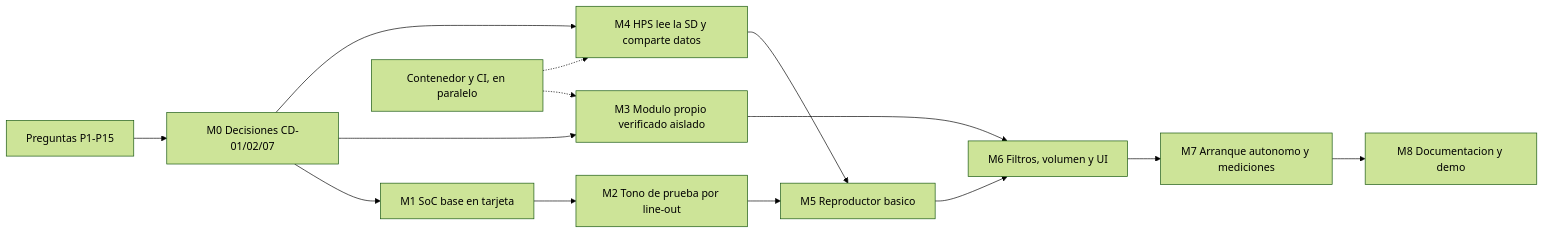
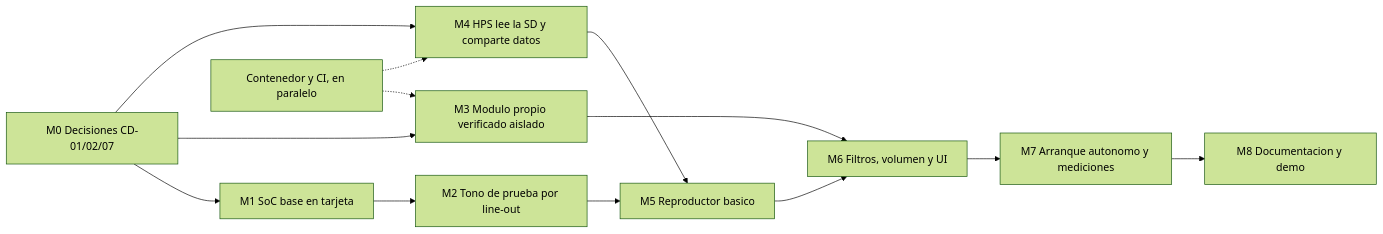
Before and after one commit to Randall-BL/EmpotradosProyecto2: the diagram in TODO.md, drawn with Mermaid (forest theme). The commit also changed other lines of this file and 6 other files, not shown here.

````diff
--- a/TODO.md
+++ b/TODO.md
@@ -144,16 +87,16 @@
 ```mermaid
 flowchart LR
-  P[Preguntas P1-P15] --> M0[M0 Decisiones CD-01/02/07]
+  M0[M0 Decisiones CD-01/02/07]
   M0 --> M1[M1 SoC base en tarjeta]
   M1 --> M2[M2 Tono de prueba por line-out]
   M0 --> M3[M3 Modulo propio verificado aislado]
   M0 --> M4[M4 HPS lee la SD y comparte datos]
   M2 --> M5[M5 Reproductor basico]
   M4 --> M5
   M3 --> M6[M6 Filtros, volumen y UI]
   M5 --> M6
   M6 --> M7[M7 Arranque autonomo y mediciones]
   M7 --> M8[M8 Documentacion y demo]
   DK[Contenedor y CI, en paralelo] -.-> M3
   DK -.-> M4
 ```
````
